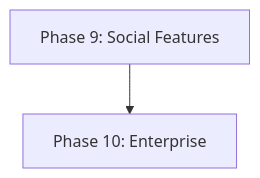
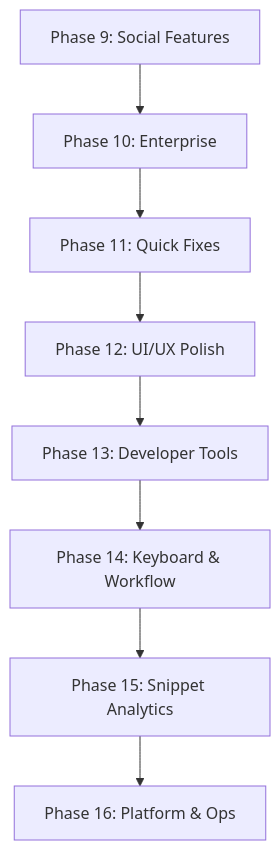
One commit to Shik3i/KoalaSnippets changed the diagram in docs/ROADMAP.md. Above: the diagram before and after it, drawn with Mermaid. The commit also changed other lines of this file and 7 other files, not shown here.

````diff
--- a/docs/ROADMAP.md
+++ b/docs/ROADMAP.md
@@ -37,4 +37,10 @@
 ```mermaid
 graph TD
     Phase9[Phase 9: Social Features] --> Phase10[Phase 10: Enterprise]
+    Phase10 --> Phase11[Phase 11: Quick Fixes]
+    Phase11 --> Phase12[Phase 12: UI/UX Polish]
+    Phase12 --> Phase13[Phase 13: Developer Tools]
+    Phase13 --> Phase14[Phase 14: Keyboard & Workflow]
+    Phase14 --> Phase15[Phase 15: Snippet Analytics]
+    Phase15 --> Phase16[Phase 16: Platform & Ops]
 ```
````
